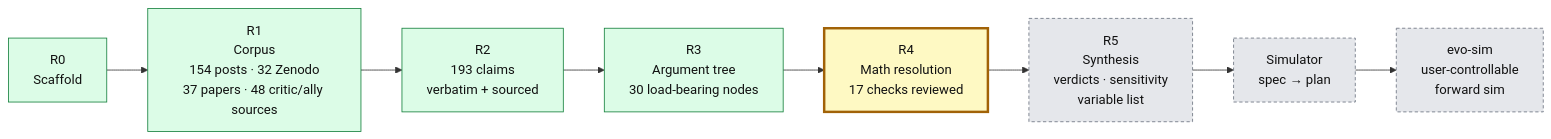
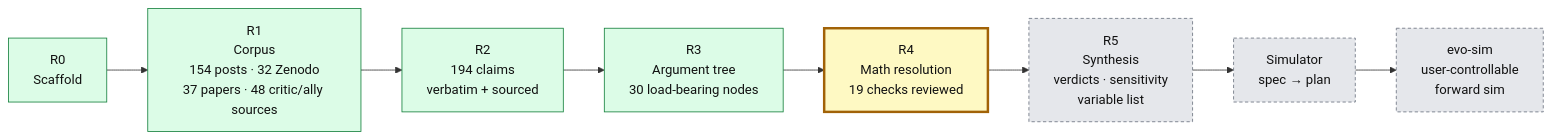
The second of 2 diagrams in README.md (nickallevato/evo-sim), drawn with Mermaid before and after one commit. The commit also changed other lines of this file and 114 other files, not shown here.

````diff
--- a/README.md
+++ b/README.md
@@ -192,14 +196,14 @@
 ```mermaid
 flowchart LR
   R0["R0<br/>Scaffold"]:::done --> R1["R1<br/>Corpus<br/>154 posts · 32 Zenodo<br/>37 papers · 48 critic/ally sources"]:::done
-  R1 --> R2["R2<br/>193 claims<br/>verbatim + sourced"]:::done
+  R1 --> R2["R2<br/>194 claims<br/>verbatim + sourced"]:::done
   R2 --> R3["R3<br/>Argument tree<br/>30 load-bearing nodes"]:::done
-  R3 --> R4["R4<br/>Math resolution<br/>17 checks reviewed"]:::active
+  R3 --> R4["R4<br/>Math resolution<br/>19 checks reviewed"]:::active
   R4 --> R5["R5<br/>Synthesis<br/>verdicts · sensitivity<br/>variable list"]:::todo
   R5 --> S1["Simulator<br/>spec → plan"]:::todo
   S1 --> S2["evo-sim<br/>user-controllable<br/>forward sim"]:::todo
 
   classDef done fill:#dcfce7,stroke:#15803d,color:#111
   classDef active fill:#fef9c3,stroke:#a16207,stroke-width:3px,color:#111
   classDef todo fill:#e5e7eb,stroke:#6b7280,color:#111,stroke-dasharray:4 3
 ```
````
